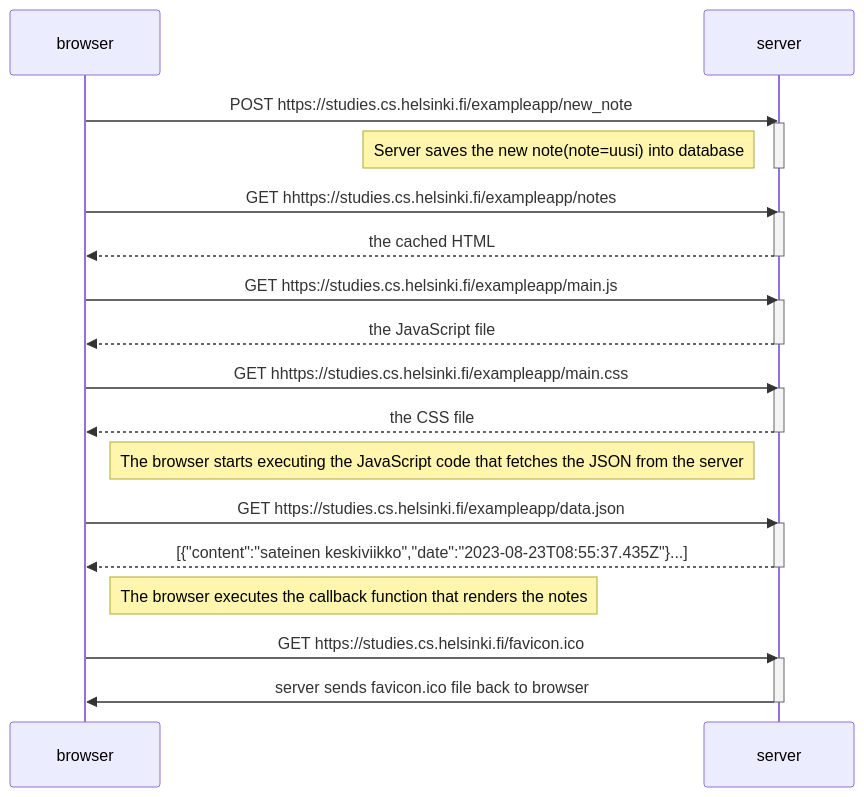
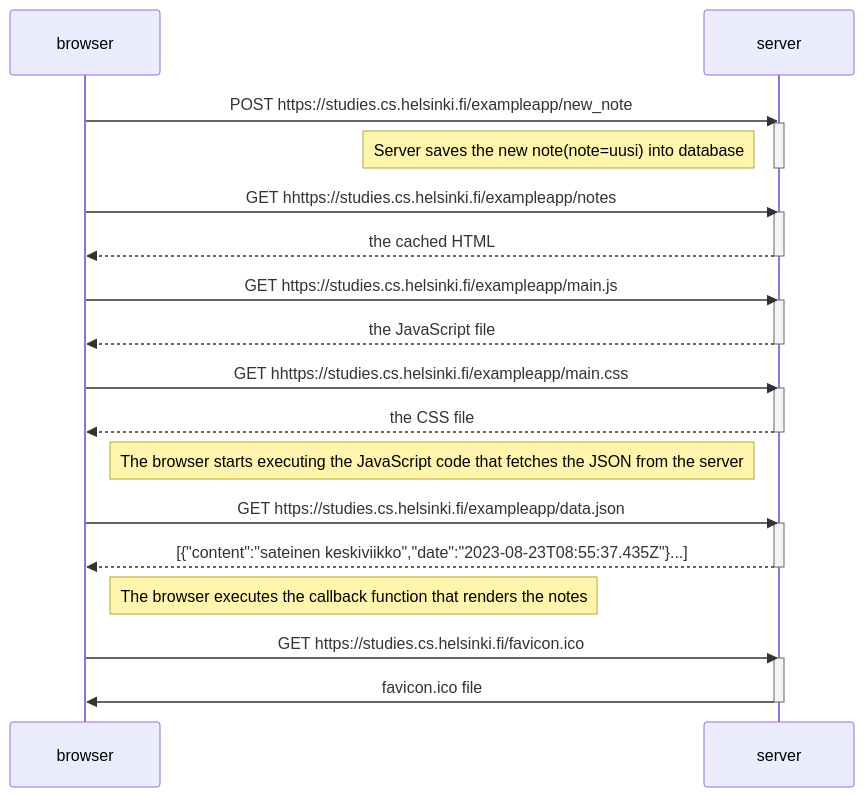
The diagram in osa0/0.4.MD (CodeCoffeeShop/Fullstack2023), drawn with Mermaid before and after one commit. The commit also changed 1 other file, not shown here.

Commit message:
0.4&0.5.MD files

````diff
--- a/osa0/0.4.MD
+++ b/osa0/0.4.MD
@@ -1,41 +1,41 @@
 ```mermaid
 sequenceDiagram
 participant browser
 participant server
 
 browser->>server: POST https://studies.cs.helsinki.fi/exampleapp/new_note
 activate server 
 Note left of server: Server saves the new note(note=uusi) into database
 deactivate server
 
 browser->>server: GET hhttps://studies.cs.helsinki.fi/exampleapp/notes
 activate server
 
 server-->>browser: the cached HTML
 deactivate server
 
 browser->>server: GET https://studies.cs.helsinki.fi/exampleapp/main.js
 activate server
 server-->>browser: the JavaScript file
 deactivate server
 
 
 browser->>server: GET hhttps://studies.cs.helsinki.fi/exampleapp/main.css
 activate server
 server-->>browser: the CSS file
 deactivate server
 
 Note right of browser: The browser starts executing the JavaScript code that fetches the JSON from the server
 
 browser->>server: GET https://studies.cs.helsinki.fi/exampleapp/data.json
 activate server
 server-->>browser: [{"content":"sateinen keskiviikko","date":"2023-08-23T08:55:37.435Z"}...]
 deactivate server    
 
 Note right of browser: The browser executes the callback function that renders the notes 
 
 browser->>server: GET https://studies.cs.helsinki.fi/favicon.ico
 activate server
-server->>browser: server sends favicon.ico file back to browser
+server->>browser: favicon.ico file 
 deactivate server 
 ```
````
